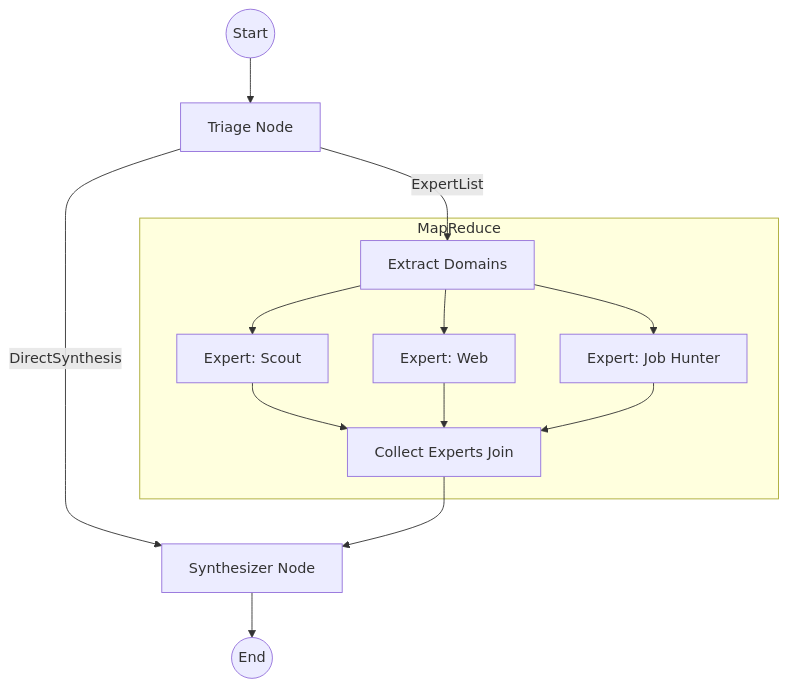
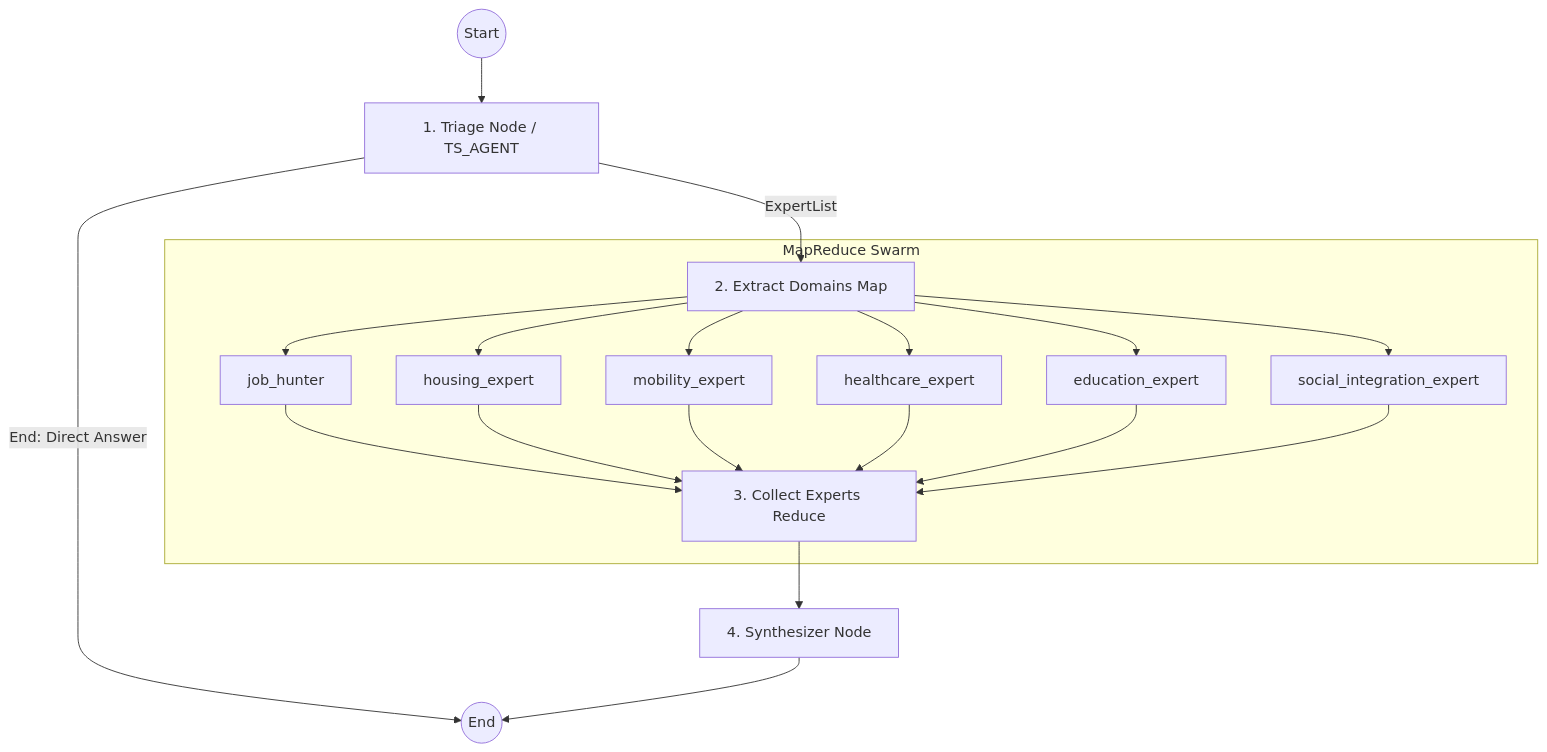
Before and after one commit to jbesan/13_odis_stream2: the diagram in ARCHITECTURE.md, drawn with Mermaid. The commit also changed other lines of this file and 50 other files, not shown here.

````diff
--- a/ARCHITECTURE.md
+++ b/ARCHITECTURE.md
@@ -28,19 +28,20 @@
 ```mermaid
 graph TD
-    Start((Start)) --> Triage[Triage Node]
-    Triage --> |ExpertList| Map[Extract Domains]
-    Triage --> |DirectSynthesis| Synthesizer[Synthesizer Node]
+    Start((Start)) --> Triage[1. Triage Node / TS_AGENT]
+    Triage --> |ExpertList| Map[2. Extract Domains Map]
+    Triage --> |End: Direct Answer| End((End))
     
-    subgraph MapReduce
-        Map --> Worker1[Expert: Scout]
-        Map --> Worker2[Expert: Web]
-        Map --> Worker3[Expert: Job Hunter]
+    subgraph MapReduce Swarm
+        Map --> Worker1[job_hunter]
+        Map --> Worker2[housing_expert]
+        Map --> Worker3[mobility_expert]
+        Map --> Worker4[healthcare_expert]
+        Map --> Worker5[education_expert]
+        Map --> Worker6[social_integration_expert]
         
-        Worker1 --> Join[Collect Experts Join]
-        Worker2 --> Join
-        Worker3 --> Join
+        Worker1 & Worker2 & Worker3 & Worker4 & Worker5 & Worker6 --> Join[3. Collect Experts Reduce]
     end
     
-    Join --> Synthesizer
-    Synthesizer --> End((End))
+    Join --> Synthesizer[4. Synthesizer Node]
+    Synthesizer --> End
 ```
````
